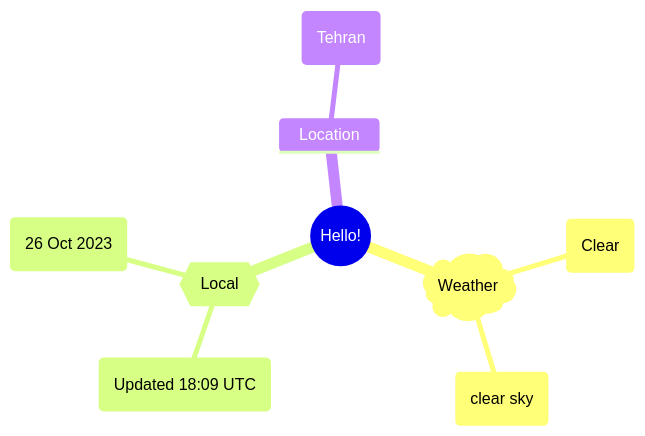
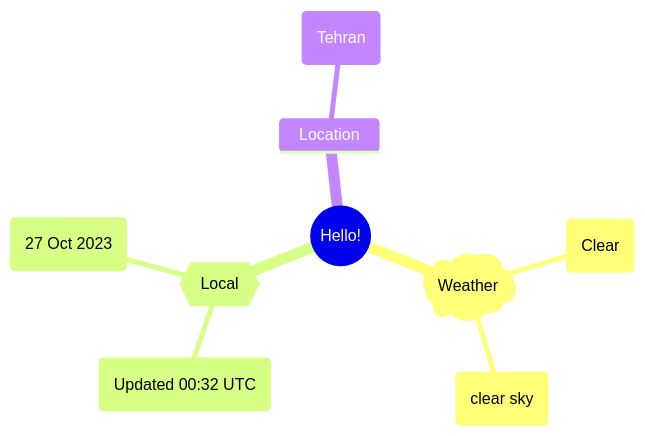
The first of 2 diagrams in README.md (Xosrov/Xosrov), drawn with Mermaid before and after one commit.

Commit message:
[bot] updated images

````diff
--- a/README.md
+++ b/README.md
@@ -3,12 +3,12 @@
 ```mermaid
 mindmap
   root((Hello!))
     )Weather(
         (Clear)
         (clear sky)
     {{Local}}
-        (Updated 18:09 UTC)
-        (26 Oct 2023)
+        (Updated 00:32 UTC)
+        (27 Oct 2023)
     Location
         (Tehran)
 ```
````
